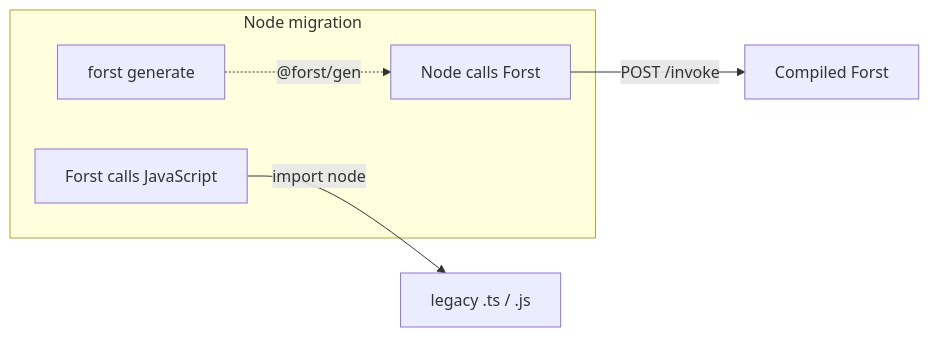
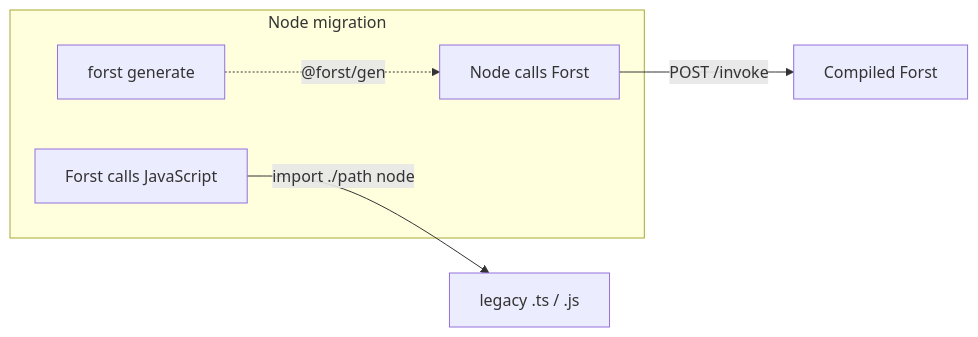
One commit to forst-lang/forst changed the diagram in docs/interop/node.mdx. Above: the diagram before and after it, drawn with Mermaid. The commit also changed other lines of this file and 91 other files, not shown here.

````diff
--- a/docs/interop/node.mdx
+++ b/docs/interop/node.mdx
@@ -23,12 +23,12 @@
 ```mermaid
 flowchart LR
   subgraph nodePath [Node migration]
     GenTypes["forst generate"]
     NodeToForst["Node calls Forst"]
     ForstToJS["Forst calls JavaScript"]
   end
 
   GenTypes -.->|"@forst/gen"| NodeToForst
   NodeToForst -->|"POST /invoke"| ForstBinary[Compiled Forst]
-  ForstToJS -->|"import node"| LegacyJS["legacy .ts / .js"]
+  ForstToJS -->|"import ./path node"| LegacyJS["legacy .ts / .js"]
 ```
````
